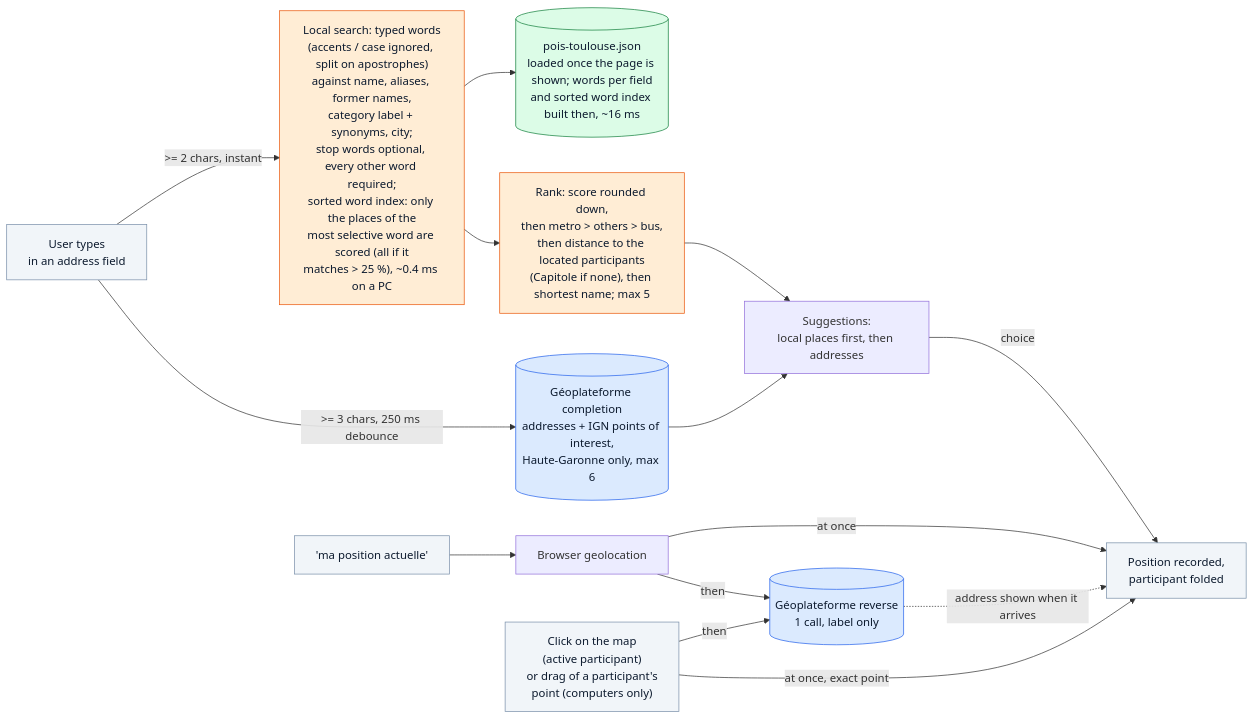
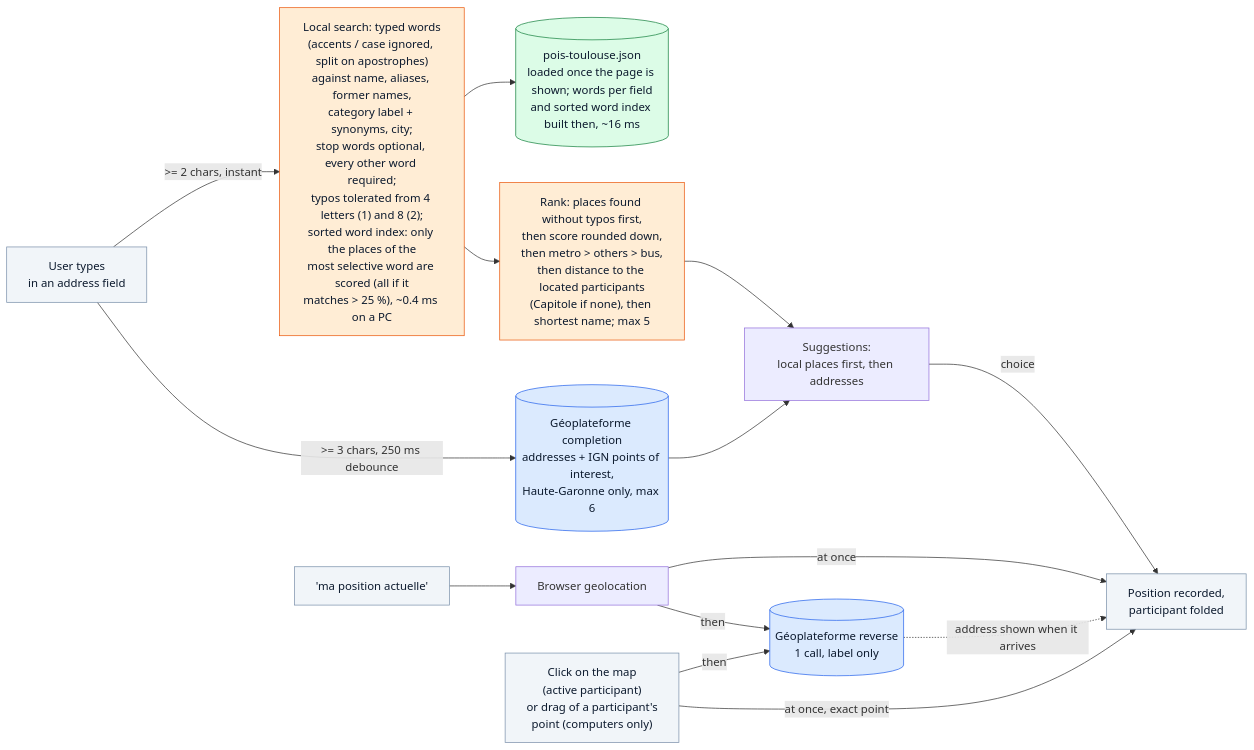
One commit to NicolasGresset/rendez-vous changed the second of 4 diagrams in docs/pipeline.md. Above: the diagram before and after it, drawn with Mermaid. The commit also changed other lines of this file and 3 other files, not shown here.

First line of the commit message:
Tolerate typos in the local place search

````diff
--- a/docs/pipeline.md
+++ b/docs/pipeline.md
@@ -89,23 +89,23 @@
 ```mermaid
 flowchart LR
     classDef api fill:#DBEAFE,stroke:#2563EB,color:#0C1A2E
     classDef local fill:#DCFCE7,stroke:#15803D,color:#0C1A2E
     classDef algo fill:#FFEDD5,stroke:#EA580C,color:#0C1A2E
     classDef user fill:#F1F5F9,stroke:#7A90AA,color:#0C1A2E
 
     TYPE["User types<br/>in an address field"]:::user
-    TYPE -->|">= 2 chars, instant"| LOCAL["Local search: typed words<br/>(accents / case ignored, split on apostrophes)<br/>against name, aliases, former names,<br/>category label + synonyms, city;<br/>stop words optional, every other word required;<br/>sorted word index: only the places of the<br/>most selective word are scored (all if it<br/>matches > 25 %), ~0.4 ms on a PC"]:::algo
+    TYPE -->|">= 2 chars, instant"| LOCAL["Local search: typed words<br/>(accents / case ignored, split on apostrophes)<br/>against name, aliases, former names,<br/>category label + synonyms, city;<br/>stop words optional, every other word required;<br/>typos tolerated from 4 letters (1) and 8 (2);<br/>sorted word index: only the places of the<br/>most selective word are scored (all if it<br/>matches > 25 %), ~0.4 ms on a PC"]:::algo
     LOCAL --> JSON[("pois-toulouse.json<br/>loaded once the page is shown; words per field<br/>and sorted word index built then, ~16 ms")]:::local
-    LOCAL --> RANK["Rank: score rounded down,<br/>then metro > others > bus,<br/>then distance to the located participants<br/>(Capitole if none), then shortest name; max 5"]:::algo
+    LOCAL --> RANK["Rank: places found without typos first,<br/>then score rounded down,<br/>then metro > others > bus,<br/>then distance to the located participants<br/>(Capitole if none), then shortest name; max 5"]:::algo
     TYPE -->|">= 3 chars, 250 ms debounce"| COMPLETION[("Géoplateforme completion<br/>addresses + IGN points of interest,<br/>Haute-Garonne only, max 6")]:::api
     RANK --> LIST["Suggestions:<br/>local places first, then addresses"]
     COMPLETION --> LIST
     LIST -->|"choice"| POS["Position recorded,<br/>participant folded"]:::user
 
     GEO["'ma position actuelle'"]:::user --> BROWSERGEO["Browser geolocation"]
     BROWSERGEO -->|"at once"| POS
     BROWSERGEO -->|"then"| REVERSE[("Géoplateforme reverse<br/>1 call, label only")]:::api
     REVERSE -.->|"address shown when it arrives"| POS
     MAPCLICK["Click on the map<br/>(active participant)<br/>or drag of a participant's<br/>point (computers only)"]:::user -->|"at once, exact point"| POS
     MAPCLICK -->|"then"| REVERSE
 ```
````
